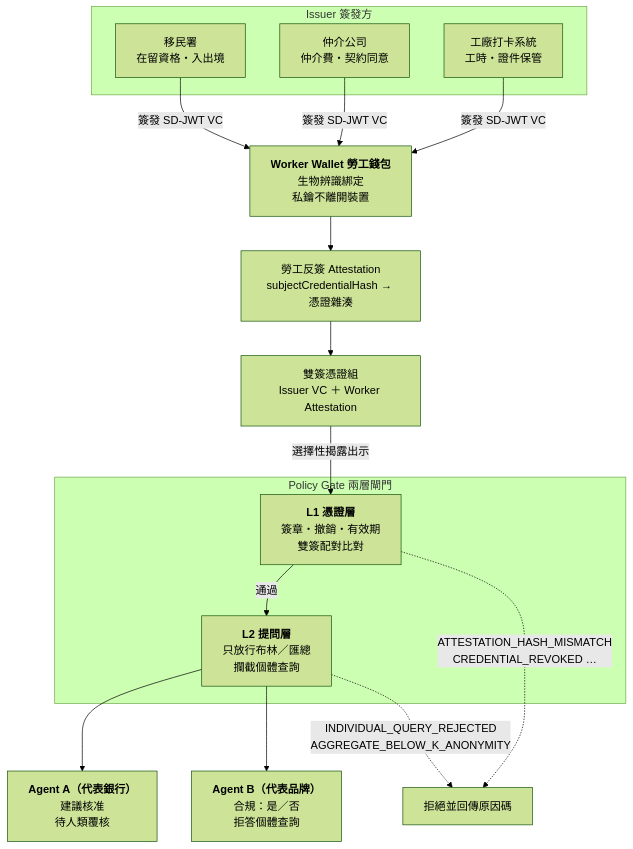
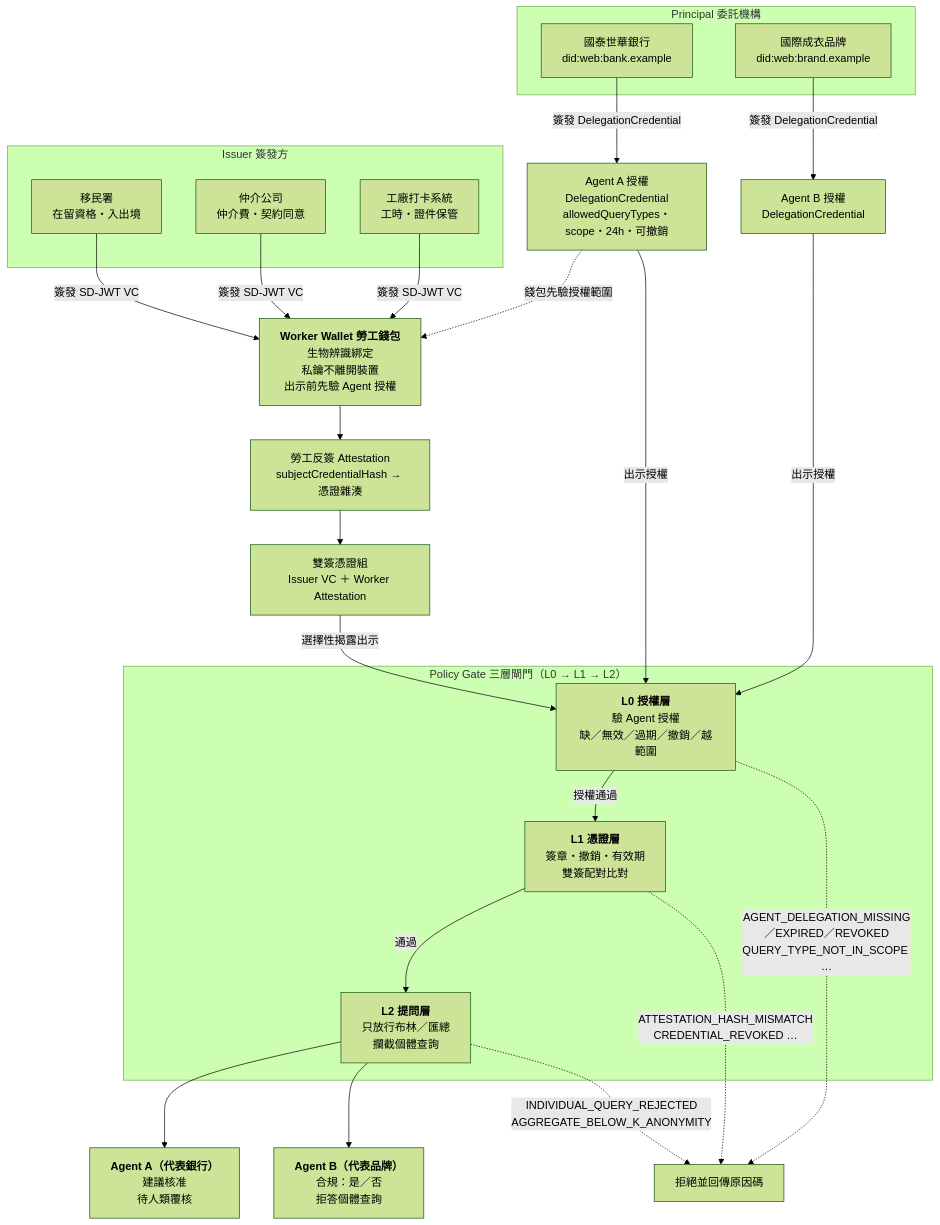
The diagram in README.md (zuemen/evidence-at-source), drawn with Mermaid (forest theme) before and after one commit. The commit also changed other lines of this file and 7 other files, not shown here.

First line of the commit message:
feat(web): P2 wallet auth card, console L0 status, README dual-authorization

````diff
--- a/README.md
+++ b/README.md
@@ -36,33 +36,48 @@
 ```mermaid
 flowchart TD
     subgraph ISS["Issuer 簽發方"]
         I1["移民署<br/>在留資格・入出境"]
         I2["仲介公司<br/>仲介費・契約同意"]
         I3["工廠打卡系統<br/>工時・證件保管"]
     end
 
-    W["<b>Worker Wallet 勞工錢包</b><br/>生物辨識綁定<br/>私鑰不離開裝置"]
+    subgraph PRIN["Principal 委託機構"]
+        P1["國泰世華銀行<br/>did:web:bank.example"]
+        P2["國際成衣品牌<br/>did:web:brand.example"]
+    end
+
+    W["<b>Worker Wallet 勞工錢包</b><br/>生物辨識綁定<br/>私鑰不離開裝置<br/>出示前先驗 Agent 授權"]
     ATT["勞工反簽 Attestation<br/>subjectCredentialHash → 憑證雜湊"]
     PAIR["雙簽憑證組<br/>Issuer VC ＋ Worker Attestation"]
+    DA["Agent A 授權<br/>DelegationCredential<br/>allowedQueryTypes・scope・24h・可撤銷"]
+    DB["Agent B 授權<br/>DelegationCredential"]
 
-    subgraph GATE["Policy Gate 兩層閘門"]
+    subgraph GATE["Policy Gate 三層閘門（L0 → L1 → L2）"]
+        G0["<b>L0 授權層</b><br/>驗 Agent 授權<br/>缺／無效／過期／撤銷／越範圍"]
         G1["<b>L1 憑證層</b><br/>簽章・撤銷・有效期<br/>雙簽配對比對"]
         G2["<b>L2 提問層</b><br/>只放行布林／匯總<br/>攔截個體查詢"]
     end
 
     A["<b>Agent A（代表銀行）</b><br/>建議核准<br/>待人類覆核"]
     B["<b>Agent B（代表品牌）</b><br/>合規：是／否<br/>拒答個體查詢"]
     X1["拒絕並回傳原因碼"]
 
     I1 -->|簽發 SD-JWT VC| W
     I2 -->|簽發 SD-JWT VC| W
     I3 -->|簽發 SD-JWT VC| W
+    P1 -->|簽發 DelegationCredential| DA
+    P2 -->|簽發 DelegationCredential| DB
+    DA -.->|錢包先驗授權範圍| W
     W --> ATT
     ATT --> PAIR
-    PAIR -->|選擇性揭露出示| G1
+    DA -->|出示授權| G0
+    DB -->|出示授權| G0
+    PAIR -->|選擇性揭露出示| G0
+    G0 -->|授權通過| G1
+    G0 -.->|AGENT_DELEGATION_MISSING／EXPIRED／REVOKED<br/>QUERY_TYPE_NOT_IN_SCOPE …| X1
     G1 -->|通過| G2
     G1 -.->|ATTESTATION_HASH_MISMATCH<br/>CREDENTIAL_REVOKED …| X1
     G2 --> A
     G2 --> B
     G2 -.->|INDIVIDUAL_QUERY_REJECTED<br/>AGGREGATE_BELOW_K_ANONYMITY| X1
 ```
````
